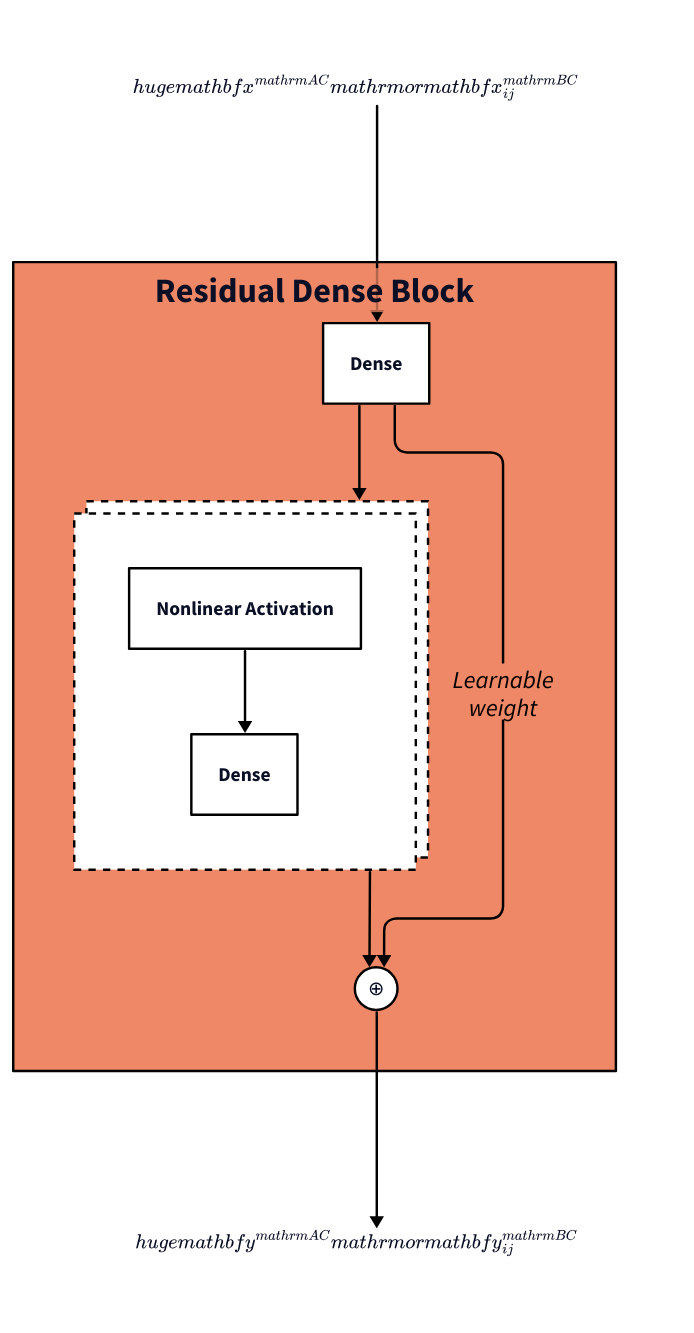
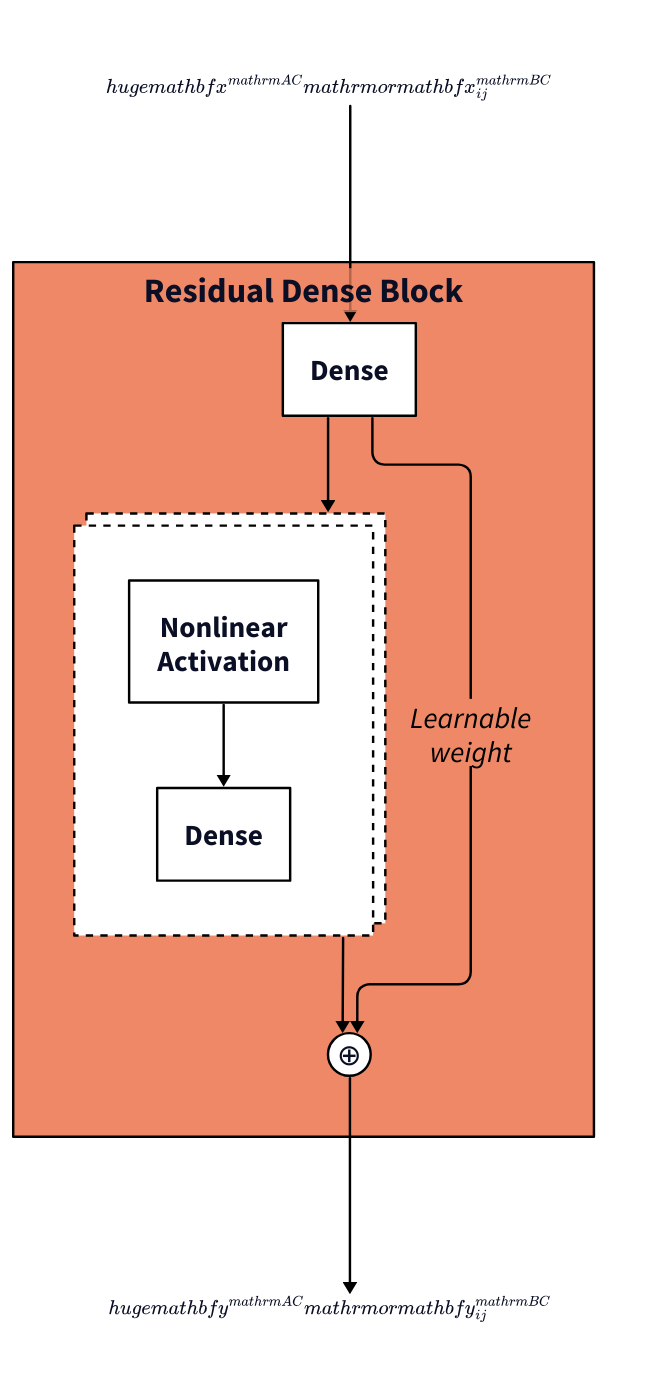
Before and after one commit to SamsungDS/gears_h: the diagram in architecture_figures/4_rd.d2, drawn with D2. The commit also changed 3 other files, not shown here.

```diff
--- a/architecture_figures/4_rd.d2
+++ b/architecture_figures/4_rd.d2
@@ -1,121 +1,125 @@
 # direction: right
 
 vars: {
     d2-config: {
       layout-engine: elk
       pad: 10
     #   theme-id: 101
     }
 }
 
 f: {
     label: ""
     class: empty
     equation: |latex
         \huge{\mathbf{x}^{\mathrm{AC}}\ \mathrm{or}\ \mathbf{x}_{ij}^{\mathrm{BC}}}
     |
 }
 
 fo: {
     label: ""
     class: empty
     equation: |latex
         \huge{\mathbf{y}^{\mathrm{AC}}\ \mathrm{or}\ \mathbf{y}_{ij}^{\mathrm{BC}}}
     |
 }
 
 rd: Residual Dense Block {
     class: rd
     initial_dense: Dense {class: in_module}
     optional_block: {
         class: in_module
         style: {stroke-dash: 3; multiple: true}
         label: ""
-        ob_act: Nonlinear Activation {class: in_module}
+        ob_act: Nonlinear\nActivation {class: in_module}
         ob_dense: Dense {class: in_module}
         ob_act -> ob_dense: {style: {stroke: "#000000"; font-color: black}}
 
     }
 
     s1: ⊕ {class: operator}
     initial_dense -> optional_block: {style: {stroke: "#000000"; font-color: black}}
-    initial_dense -> s1: Learnable\nweight  {style: {stroke: "#000000"; font-color: black; font-size: 20}}
+    initial_dense -> s1: Learnable\nweight  {style: {stroke: "#000000"; font-color: black; font-size: 24}}
     optional_block -> s1: {style: {stroke: "#000000"; font-color: black}}
 
 }
 
 f.equation -> rd.initial_dense: {style: {stroke: "#000000"; font-color: black}}
 rd.s1 -> fo.equation: {style: {stroke: "#000000"; font-color: black}}
 
 classes: {
     operator: {shape: circle
                width: 35
                height: 35
                style: {fill: "#FFFFFF"
                        stroke: "#000000"
+                       font-size: 24
                       }
     }
     empty: {
             width: 50
             height: 50
             style: {
                 fill: transparent
                 stroke: transparent
                 font-size: 24
             }
     }
     sarb: {
         style: {
             fill: "#44BB99"
             stroke: "#000000"
+            font-size: 24
         }
     }
     in_module: {
         style: {
             fill: "#FFFFFF"
             stroke: "#000000"
+            font-size: 24
         }
     }
     ac: {
         style: {
             fill: "#BBCC33"
             stroke: "#000000"
         }
     }
     bc: {
         style: {
             fill: "#EEDD88"
             stroke: "#000000"
         }
     }
     rd: {
         style: {
             fill: "#EE8866"
             stroke: "#000000"
             bold: true
+            font-size: 28
         }
     }
     ro: {
         style: {
             fill: "#FFAABB"
             stroke: "#000000"
         }
     }
     outs: {
         style: {
             fill: "#DDDDDD"
             stroke: "#000000"
             multiple: true
         }
     }
     input : {
         # label: ""
         width: 50
         height: 50
         style: {
             fill: "#99DDFF"
             stroke: "#000000"
             multiple: true
         }
     }
 }
```
